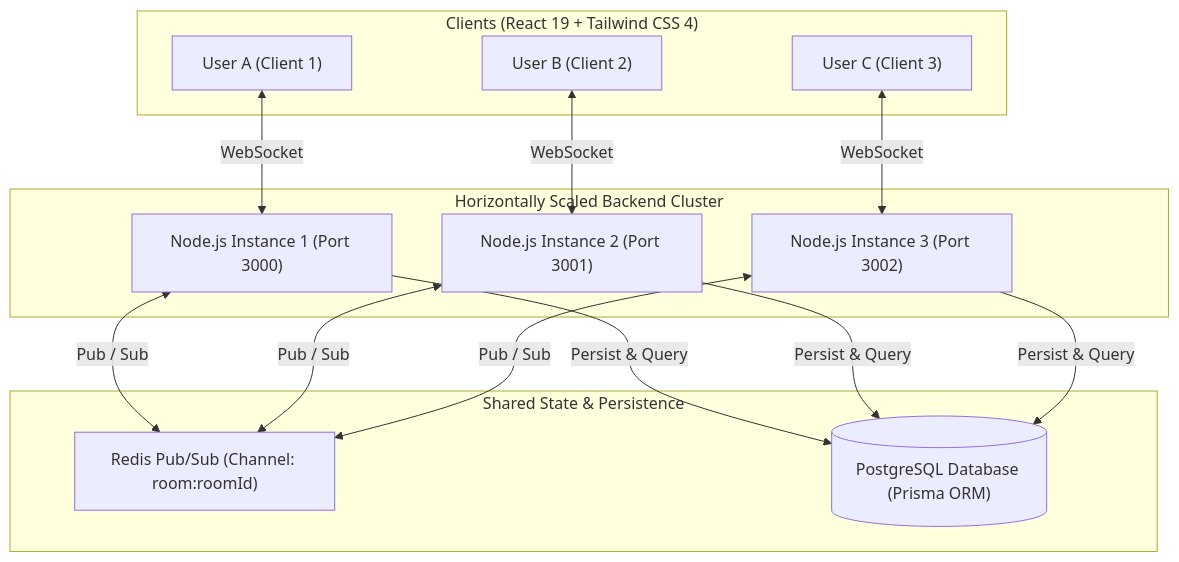
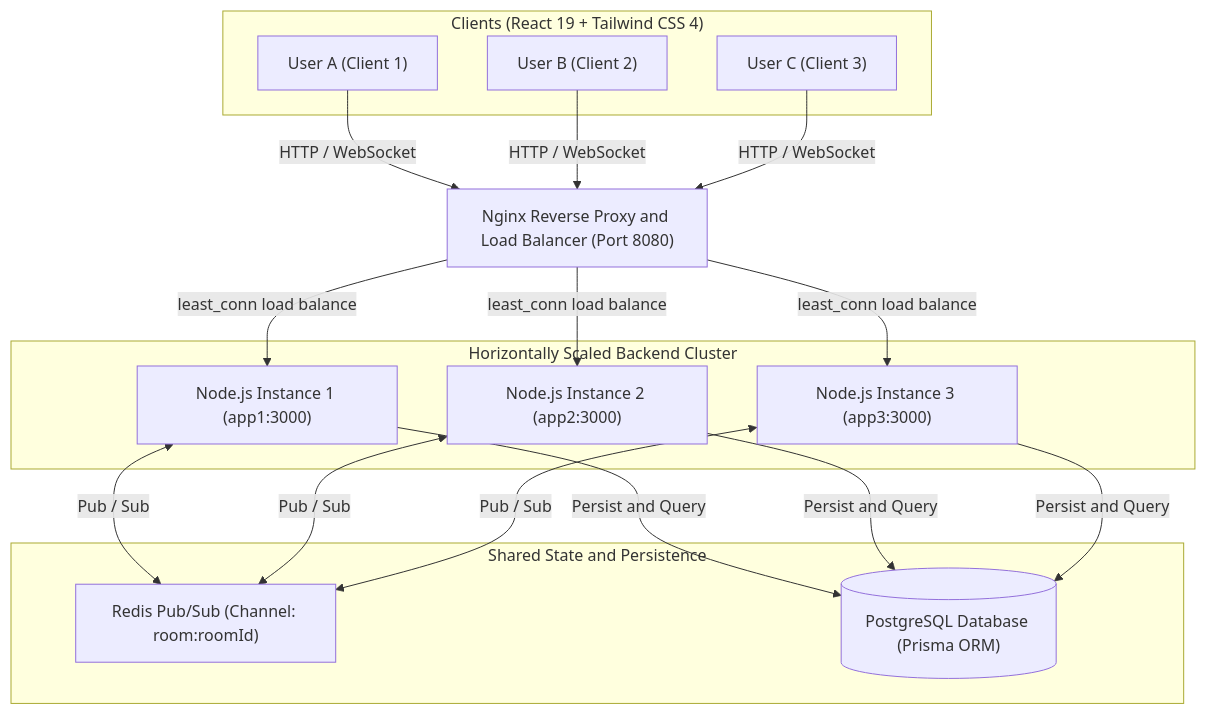
One commit to ahmdsam-netizen/chat-distributed-system changed the diagram in README.md. Above: the diagram before and after it, drawn with Mermaid. The commit also changed other lines of this file and 5 other files, not shown here.

````diff
--- a/README.md
+++ b/README.md
@@ -27,31 +28,37 @@
 ```mermaid
 flowchart TD
     subgraph Clients["Clients (React 19 + Tailwind CSS 4)"]
         UserA["User A (Client 1)"]
         UserB["User B (Client 2)"]
         UserC["User C (Client 3)"]
     end
 
+    Nginx["Nginx Reverse Proxy and Load Balancer (Port 8080)"]
+
     subgraph BackendCluster["Horizontally Scaled Backend Cluster"]
-        Node1["Node.js Instance 1 (Port 3000)"]
-        Node2["Node.js Instance 2 (Port 3001)"]
-        Node3["Node.js Instance 3 (Port 3002)"]
+        Node1["Node.js Instance 1 (app1:3000)"]
+        Node2["Node.js Instance 2 (app2:3000)"]
+        Node3["Node.js Instance 3 (app3:3000)"]
     end
 
-    subgraph Infrastructure["Shared State & Persistence"]
+    subgraph Infrastructure["Shared State and Persistence"]
         Redis["Redis Pub/Sub (Channel: room:roomId)"]
         Postgres[("PostgreSQL Database (Prisma ORM)")]
     end
 
-    UserA <-->|"WebSocket"| Node1
-    UserB <-->|"WebSocket"| Node2
-    UserC <-->|"WebSocket"| Node3
+    UserA -->|"HTTP / WebSocket"| Nginx
+    UserB -->|"HTTP / WebSocket"| Nginx
+    UserC -->|"HTTP / WebSocket"| Nginx
+
+    Nginx -->|"least_conn load balance"| Node1
+    Nginx -->|"least_conn load balance"| Node2
+    Nginx -->|"least_conn load balance"| Node3
 
     Node1 <-->|"Pub / Sub"| Redis
     Node2 <-->|"Pub / Sub"| Redis
     Node3 <-->|"Pub / Sub"| Redis
 
-    Node1 -->|"Persist & Query"| Postgres
-    Node2 -->|"Persist & Query"| Postgres
-    Node3 -->|"Persist & Query"| Postgres
+    Node1 -->|"Persist and Query"| Postgres
+    Node2 -->|"Persist and Query"| Postgres
+    Node3 -->|"Persist and Query"| Postgres
 ```
````
